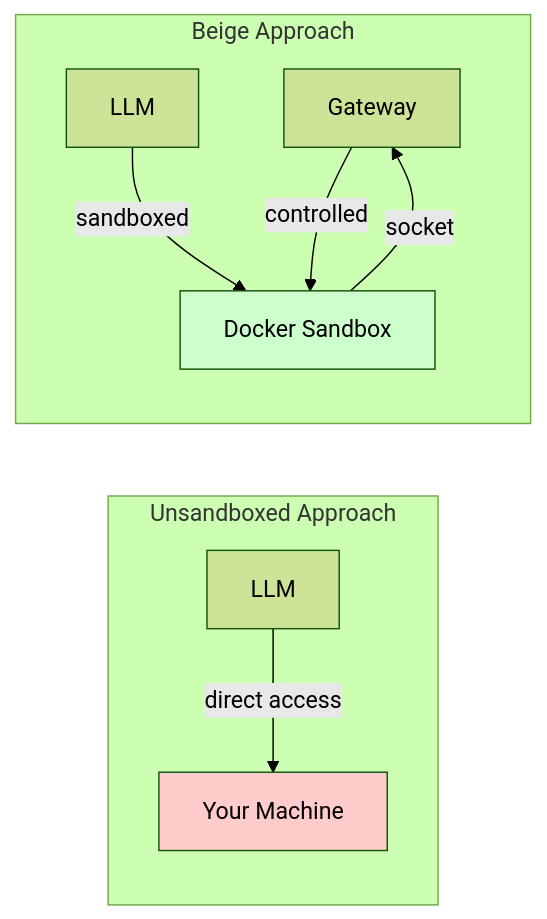
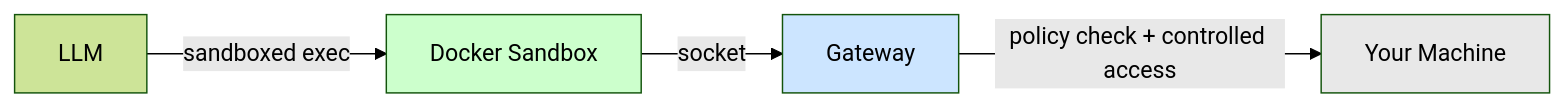
The first of 2 diagrams in docs/why-beige.mdx (matthias-hausberger/beige), drawn with Mermaid (forest theme) before and after one commit. The commit also changed other lines of this file, not shown here.

Commit message:
much better explanation for Why Beige

````diff
--- a/docs/why-beige.mdx
+++ b/docs/why-beige.mdx
@@ -17,21 +222,15 @@
-```mermaid
-graph LR
-    subgraph "Unsandboxed Approach"
-        OC_HOST[Your Machine]
-        OC_LLM[LLM]
-        OC_LLM -->|direct access| OC_HOST
-    end
+    ```mermaid
+    graph LR
+        BEIGE_LLM[LLM]
+        BEIGE_SB[Docker Sandbox]
+        BEIGE_GW[Gateway]
+        BEIGE_HOST[Your Machine]
 
-    subgraph "Beige Approach"
-        BEIGE_GW[Gateway]
-        BEIGE_SB[Docker Sandbox]
-        BEIGE_LLM[LLM]
+        BEIGE_LLM -->|sandboxed exec| BEIGE_SB
+        BEIGE_SB -->|socket| BEIGE_GW
+        BEIGE_GW -->|policy check + controlled access| BEIGE_HOST
 
-        BEIGE_LLM -->|sandboxed| BEIGE_SB
-        BEIGE_SB -->|socket| BEIGE_GW
-        BEIGE_GW -->|controlled| BEIGE_SB
-    end
-
-    style OC_HOST fill:#ffcccc
-    style BEIGE_SB fill:#ccffcc
-```
+        style BEIGE_SB fill:#ccffcc
+        style BEIGE_GW fill:#cce5ff
+        style BEIGE_HOST fill:#e8e8e8
+    ```
````
